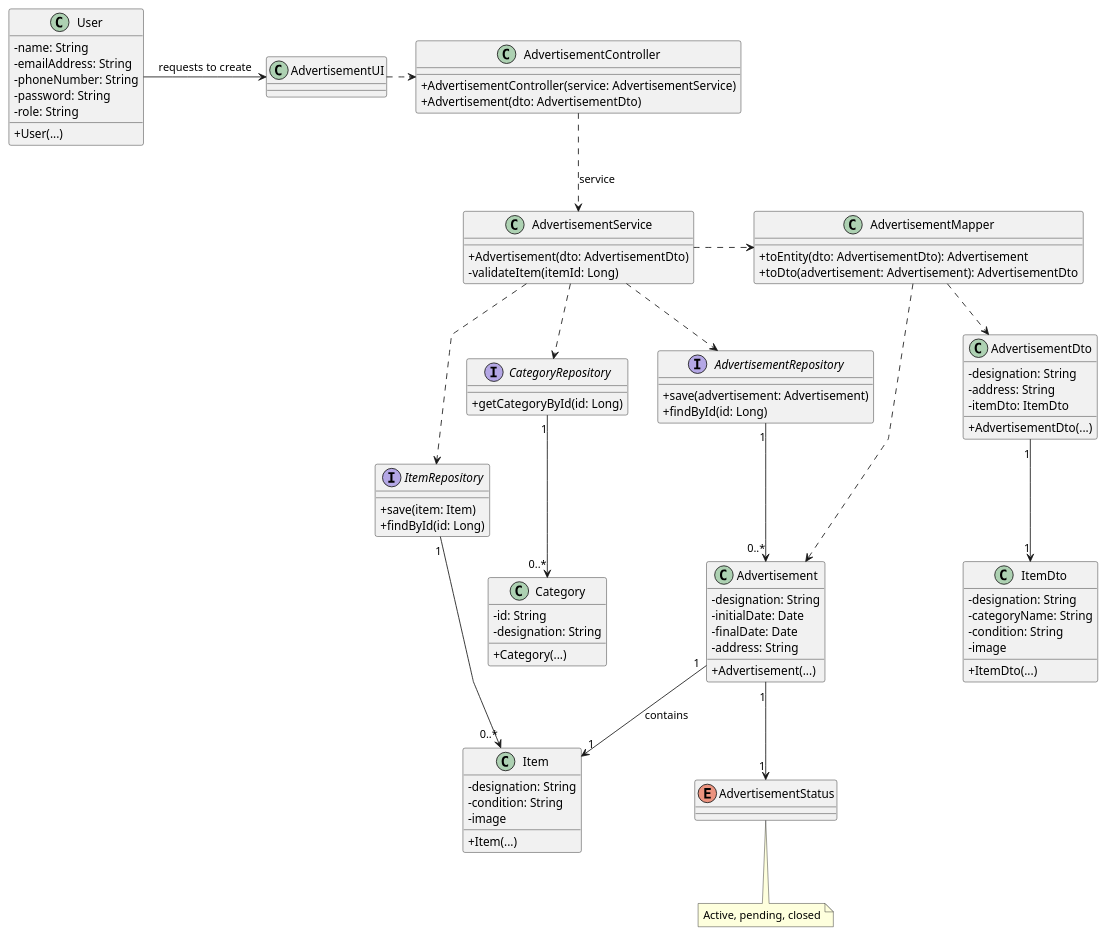
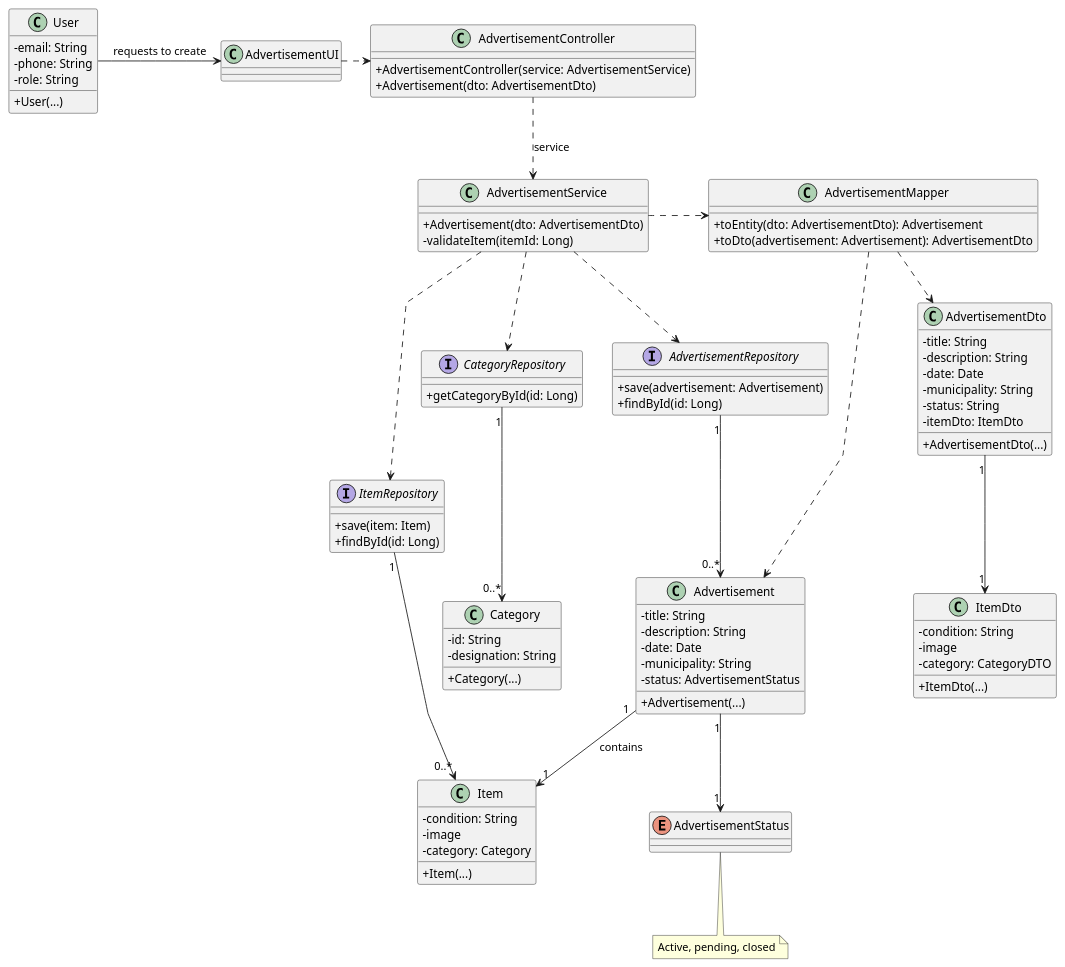
Before and after one commit to vivianeaalmeida/ComeAndGet: the diagram in Docs/US07/03-design/US07-CD.puml, drawn with PlantUML. The commit also changed 25 other files, not shown here.

```diff
--- a/Docs/US07/03-design/US07-CD.puml
+++ b/Docs/US07/03-design/US07-CD.puml
@@ -1,110 +1,111 @@
 @startuml
 skinparam packageStyle rectangle
 skinparam shadowing false
 skinparam linetype polyline
 skinparam classAttributeIconSize 0
 
 class User {
-    - name: String
-    - emailAddress: String
-    - phoneNumber: String
-    - password: String
+    - email: String
+    - phone: String
     - role: String
     + User(...)
 }
 
 class Item {
-    - designation: String
     - condition: String
     - image
+    - category: Category
     + Item(...)
 }
 
 class ItemDto {
-    - designation: String
-    - categoryName: String
     - condition: String
     - image
+    - category: CategoryDTO
     + ItemDto(...)
 }
 
 class Category {
     - id: String
     - designation: String
     + Category(...)
 }
 
 class AdvertisementDto {
-    - designation: String
-    - address: String
+    - title: String
+    - description: String
+    - date: Date
+    - municipality: String
+    - status: String
     - itemDto: ItemDto
     + AdvertisementDto(...)
 }
 
 class Advertisement {
-    - designation: String
-    - initialDate: Date
-    - finalDate: Date
-    - address: String
+    - title: String
+    - description: String
+    - date: Date
+    - municipality: String
+    - status: AdvertisementStatus
     + Advertisement(...)
 }
 
 enum AdvertisementStatus {
 }
 
 interface CategoryRepository {
     + getCategoryById(id: Long)
 }
 interface AdvertisementRepository {
     + save(advertisement: Advertisement)
     + findById(id: Long)
 }
 interface ItemRepository {
     + save(item: Item)
     + findById(id: Long)
 }
 
 class AdvertisementMapper {
     + toEntity(dto: AdvertisementDto): Advertisement
     + toDto(advertisement: Advertisement): AdvertisementDto
 }
 
 class AdvertisementService {
     + Advertisement(dto: AdvertisementDto)
     - validateItem(itemId: Long)
 }
 
 class AdvertisementController {
     + AdvertisementController(service: AdvertisementService)
     + Advertisement(dto: AdvertisementDto)
 }
 
 class AdvertisementUI
 
 ' --- Relacionamentos ---
 AdvertisementUI .> AdvertisementController
 
 AdvertisementController ..> AdvertisementService : service
 
 AdvertisementService .> AdvertisementMapper
 AdvertisementService ..> AdvertisementRepository
 AdvertisementService ..> CategoryRepository
 AdvertisementService ..> ItemRepository
 
 ItemRepository "1" -> "0..*" Item
 CategoryRepository "1" --> "0..*" Category
 AdvertisementRepository "1" --> "0..*" Advertisement
 
 User -> AdvertisementUI : requests to create
 
 Advertisement "1" --> "1" AdvertisementStatus
 Advertisement "1" --> "1" Item : contains
 AdvertisementMapper ..> AdvertisementDto
 AdvertisementMapper ..> Advertisement
 
 AdvertisementDto "1" --> "1" ItemDto
 note bottom of AdvertisementStatus
 Active, pending, closed
 endnote
 
 @enduml
```
